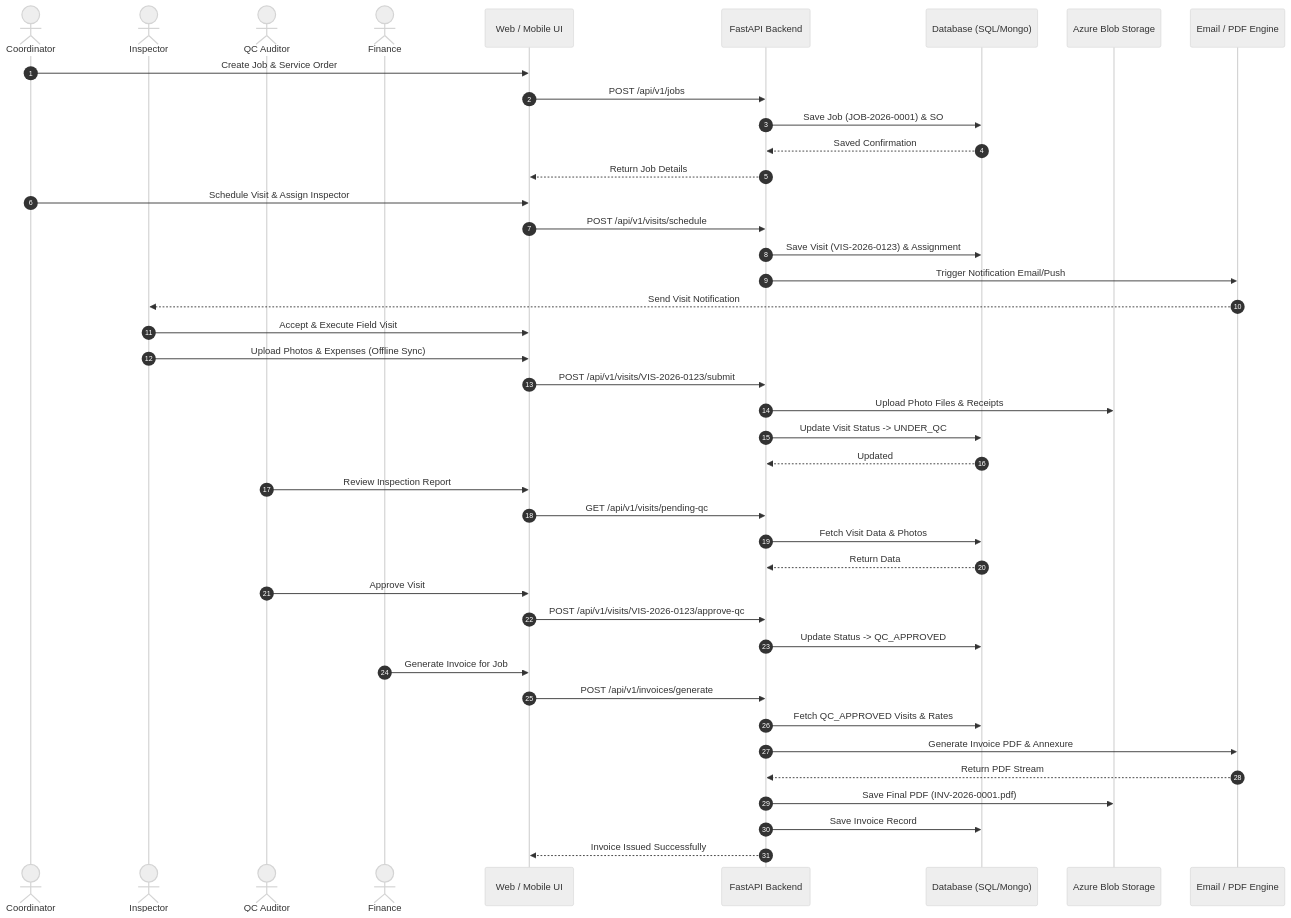
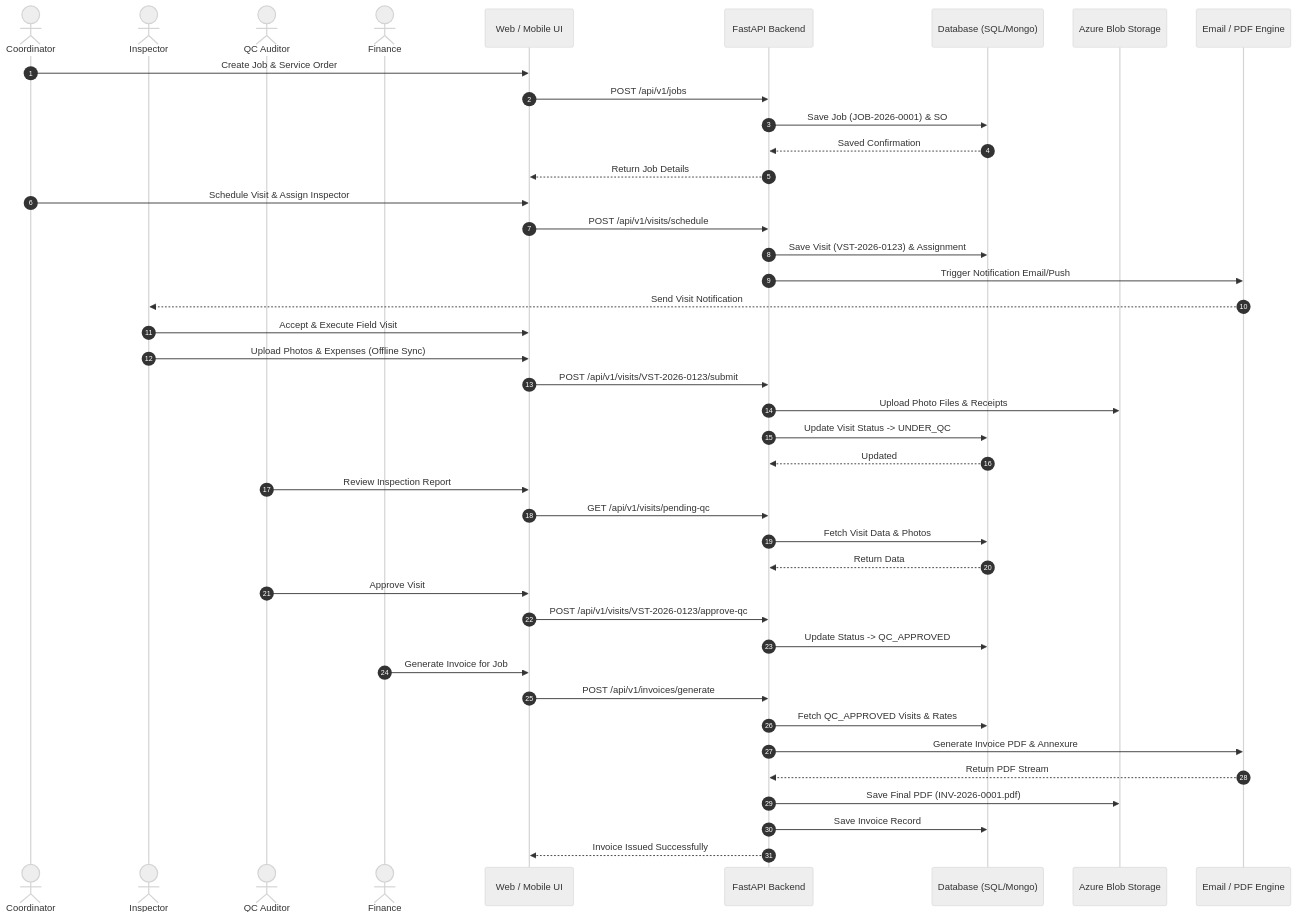
The fifth of 6 diagrams in ARCHITECTURE_AND_E2E_FLOW.md (kktejas07/iqe), drawn with Mermaid (neutral theme) before and after one commit. The commit also changed other lines of this file and 3 other files, not shown here.

````diff
--- a/ARCHITECTURE_AND_E2E_FLOW.md
+++ b/ARCHITECTURE_AND_E2E_FLOW.md
@@ -412,49 +420,49 @@
 ```mermaid
 sequenceDiagram
     autonumber
     actor Coordinator
     actor Inspector
     actor QC as QC Auditor
     actor Finance
     participant Web as Web / Mobile UI
     participant API as FastAPI Backend
     participant DB as Database (SQL/Mongo)
     participant Storage as Azure Blob Storage
     participant Ext as Email / PDF Engine
 
     Coordinator->>Web: Create Job & Service Order
     Web->>API: POST /api/v1/jobs
     API->>DB: Save Job (JOB-2026-0001) & SO
     DB-->>API: Saved Confirmation
     API-->>Web: Return Job Details
 
     Coordinator->>Web: Schedule Visit & Assign Inspector
     Web->>API: POST /api/v1/visits/schedule
-    API->>DB: Save Visit (VIS-2026-0123) & Assignment
+    API->>DB: Save Visit (VST-2026-0123) & Assignment
     API->>Ext: Trigger Notification Email/Push
     Ext-->>Inspector: Send Visit Notification
 
     Inspector->>Web: Accept & Execute Field Visit
     Inspector->>Web: Upload Photos & Expenses (Offline Sync)
-    Web->>API: POST /api/v1/visits/VIS-2026-0123/submit
+    Web->>API: POST /api/v1/visits/VST-2026-0123/submit
     API->>Storage: Upload Photo Files & Receipts
     API->>DB: Update Visit Status -> UNDER_QC
     DB-->>API: Updated
 
     QC->>Web: Review Inspection Report
     Web->>API: GET /api/v1/visits/pending-qc
     API->>DB: Fetch Visit Data & Photos
     DB-->>API: Return Data
     QC->>Web: Approve Visit
-    Web->>API: POST /api/v1/visits/VIS-2026-0123/approve-qc
+    Web->>API: POST /api/v1/visits/VST-2026-0123/approve-qc
     API->>DB: Update Status -> QC_APPROVED
 
     Finance->>Web: Generate Invoice for Job
     Web->>API: POST /api/v1/invoices/generate
     API->>DB: Fetch QC_APPROVED Visits & Rates
     API->>Ext: Generate Invoice PDF & Annexure
     Ext-->>API: Return PDF Stream
     API->>Storage: Save Final PDF (INV-2026-0001.pdf)
     API->>DB: Save Invoice Record
     API-->>Web: Invoice Issued Successfully
 ```
````
